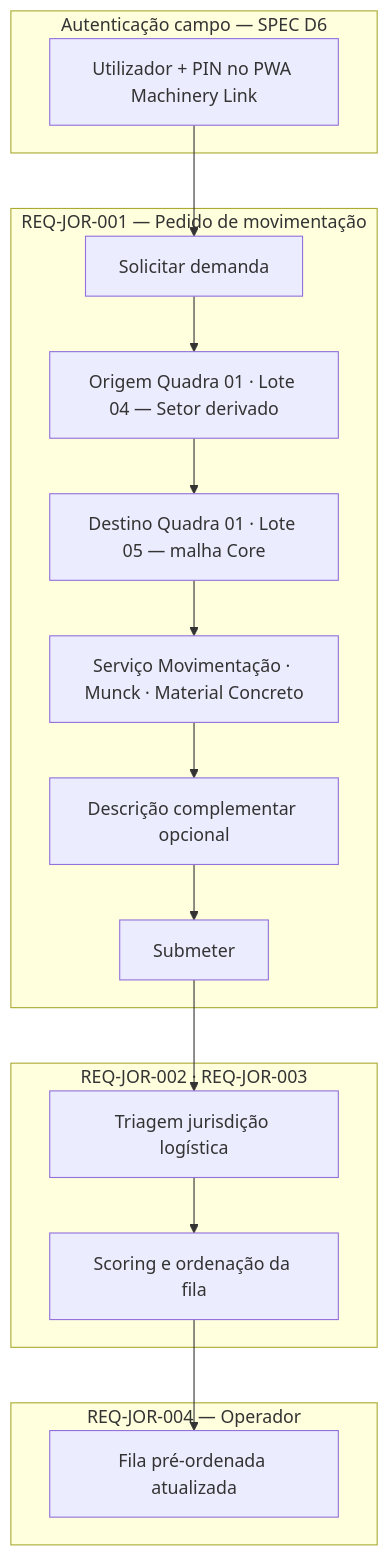
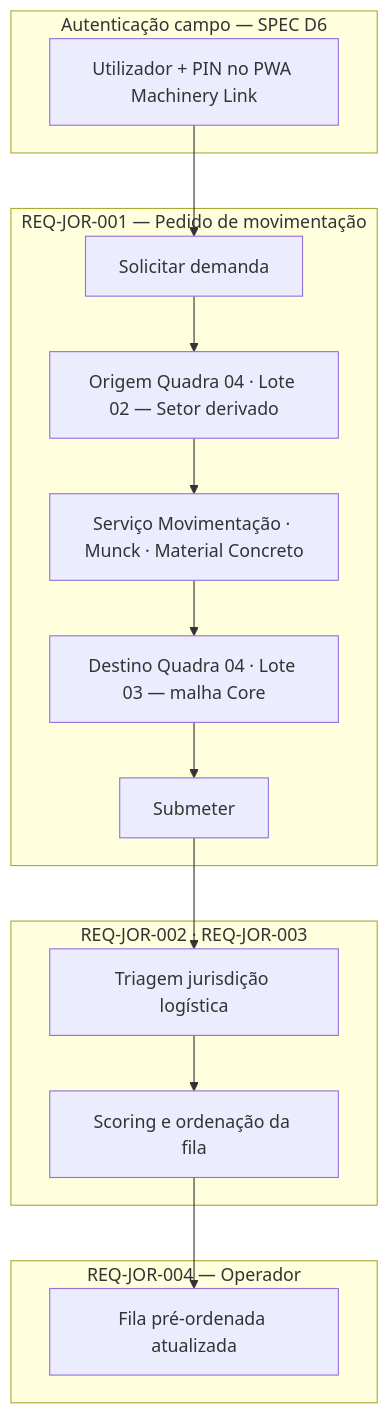
The second of 2 diagrams in docs/flows/01-movimentacao-concreto-lote-adjacente.md (paulotks/FGR-Ops-docs), drawn with Mermaid before and after one commit. The commit also changed other lines of this file and 5 other files, not shown here.

````diff
--- a/docs/flows/01-movimentacao-concreto-lote-adjacente.md
+++ b/docs/flows/01-movimentacao-concreto-lote-adjacente.md
@@ -45,28 +46,27 @@
 ```mermaid
 flowchart TD
     subgraph Login["Autenticação campo — SPEC D6"]
         L1[Utilizador + PIN no PWA Machinery Link]
     end
 
     subgraph REQ_JOR_001["REQ-JOR-001 — Pedido de movimentação"]
         P1[Solicitar demanda]
-        P2[Origem Quadra 01 · Lote 04 — Setor derivado]
-        P3[Destino Quadra 01 · Lote 05 — malha Core]
-        P4[Serviço Movimentação · Munck · Material Concreto]
-        P5[Descrição complementar opcional]
-        P6[Submeter]
-        P1 --> P2 --> P3 --> P4 --> P5 --> P6
+        P2[Origem Quadra 04 · Lote 02 — Setor derivado]
+        P3[Serviço Movimentação · Munck · Material Concreto]
+        P4[Destino Quadra 04 · Lote 03 — malha Core]
+        P5[Submeter]
+        P1 --> P2 --> P3 --> P4 --> P5
     end
 
     subgraph Motor["REQ-JOR-002 · REQ-JOR-003"]
         T[Triagem jurisdição logística]
         S[Scoring e ordenação da fila]
     end
 
     subgraph REQ_JOR_004["REQ-JOR-004 — Operador"]
         Q[Fila pré-ordenada atualizada]
     end
 
     L1 --> P1
-    P6 --> T --> S --> Q
+    P5 --> T --> S --> Q
 ```
````
